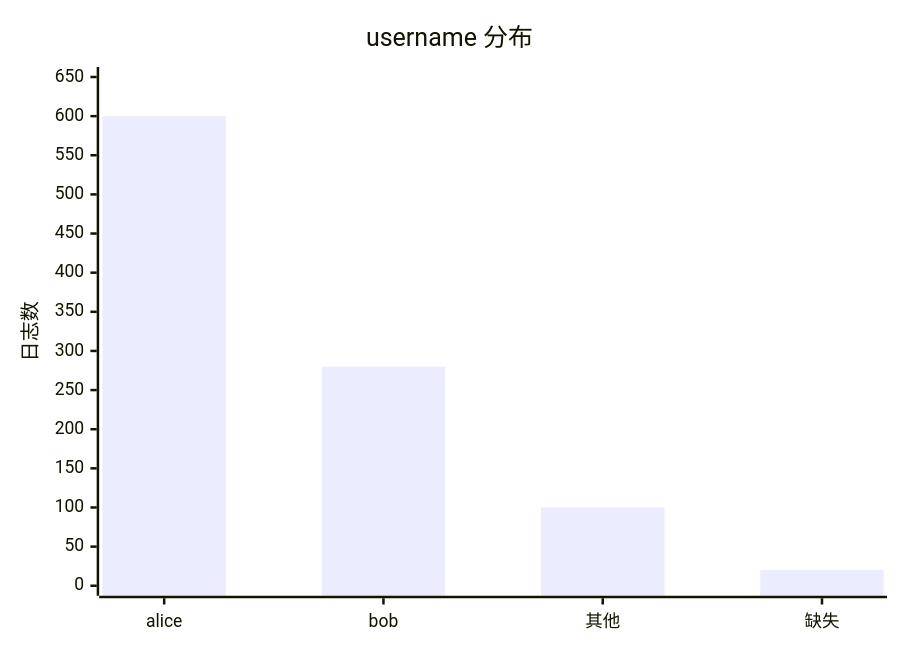
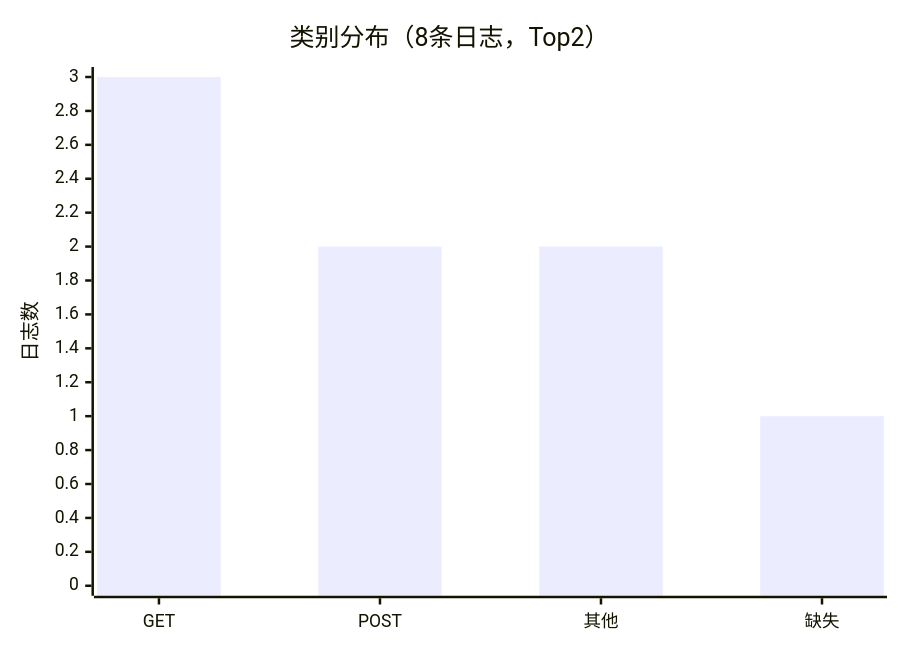
Before and after one commit to TencentBlueKing/bk-audit: the third of 6 diagrams in src/backend/services/web/ai_assistant/docs/frontend_statistics.md, drawn with Mermaid. The commit also changed other lines of this file and 6 other files, not shown here.

````diff
--- a/src/backend/services/web/ai_assistant/docs/frontend_statistics.md
+++ b/src/backend/services/web/ai_assistant/docs/frontend_statistics.md
@@ -223,7 +183,7 @@
 ```mermaid
 xychart-beta
-    title "username 分布"
-    x-axis ["alice", "bob", "其他", "缺失"]
-    y-axis "日志数" 0 --> 650
-    bar [600, 280, 100, 20]
+    title "类别分布（8条日志，Top2）"
+    x-axis ["GET", "POST", "其他", "缺失"]
+    y-axis "日志数" 0 --> 3
+    bar [3, 2, 2, 1]
 ```
````
